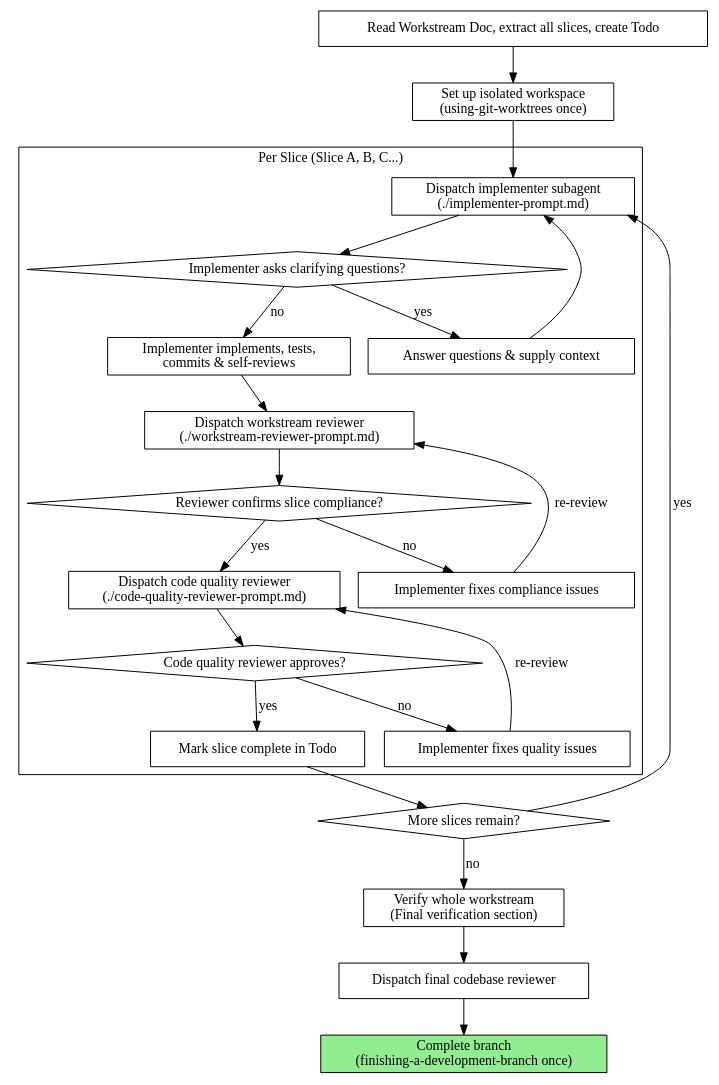
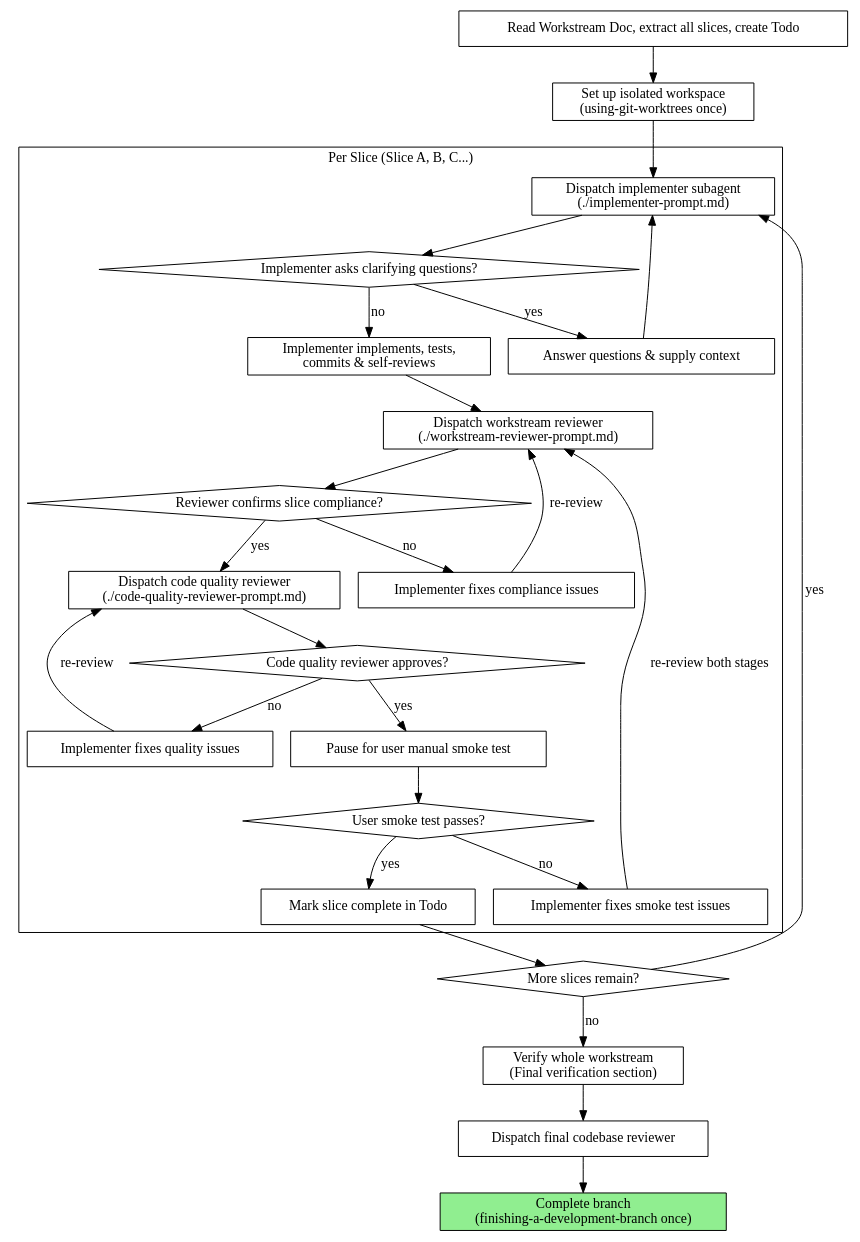
One commit to dtbndr/sturdy-palm-tree changed the diagram in .agents/skills/workstream-driven-development/SKILL.md. Above: the diagram before and after it, drawn with Graphviz. The commit also changed other lines of this file and 3 other files, not shown here.

Commit message:
Update workstream skills for manual smoke tests

````diff
--- a/.agents/skills/workstream-driven-development/SKILL.md
+++ b/.agents/skills/workstream-driven-development/SKILL.md
@@ -25,48 +25,55 @@
 ```dot
 digraph workstream_execution {
     rankdir=TB;
 
     subgraph cluster_per_slice {
         label="Per Slice (Slice A, B, C...)";
         "Dispatch implementer subagent\n(./implementer-prompt.md)" [shape=box];
         "Implementer asks clarifying questions?" [shape=diamond];
         "Answer questions & supply context" [shape=box];
         "Implementer implements, tests,\ncommits & self-reviews" [shape=box];
         "Dispatch workstream reviewer\n(./workstream-reviewer-prompt.md)" [shape=box];
         "Reviewer confirms slice compliance?" [shape=diamond];
         "Implementer fixes compliance issues" [shape=box];
         "Dispatch code quality reviewer\n(./code-quality-reviewer-prompt.md)" [shape=box];
         "Code quality reviewer approves?" [shape=diamond];
         "Implementer fixes quality issues" [shape=box];
+        "Pause for user manual smoke test" [shape=box];
+        "User smoke test passes?" [shape=diamond];
+        "Implementer fixes smoke test issues" [shape=box];
         "Mark slice complete in Todo" [shape=box];
     }
 
     "Read Workstream Doc, extract all slices, create Todo" [shape=box];
     "Set up isolated workspace\n(using-git-worktrees once)" [shape=box];
     "More slices remain?" [shape=diamond];
     "Verify whole workstream\n(Final verification section)" [shape=box];
     "Dispatch final codebase reviewer" [shape=box];
     "Complete branch\n(finishing-a-development-branch once)" [shape=box style=filled fillcolor=lightgreen];
 
     "Read Workstream Doc, extract all slices, create Todo" -> "Set up isolated workspace\n(using-git-worktrees once)";
     "Set up isolated workspace\n(using-git-worktrees once)" -> "Dispatch implementer subagent\n(./implementer-prompt.md)";
     "Dispatch implementer subagent\n(./implementer-prompt.md)" -> "Implementer asks clarifying questions?";
     "Implementer asks clarifying questions?" -> "Answer questions & supply context" [label="yes"];
     "Answer questions & supply context" -> "Dispatch implementer subagent\n(./implementer-prompt.md)";
     "Implementer asks clarifying questions?" -> "Implementer implements, tests,\ncommits & self-reviews" [label="no"];
     "Implementer implements, tests,\ncommits & self-reviews" -> "Dispatch workstream reviewer\n(./workstream-reviewer-prompt.md)";
     "Dispatch workstream reviewer\n(./workstream-reviewer-prompt.md)" -> "Reviewer confirms slice compliance?";
     "Reviewer confirms slice compliance?" -> "Implementer fixes compliance issues" [label="no"];
     "Implementer fixes compliance issues" -> "Dispatch workstream reviewer\n(./workstream-reviewer-prompt.md)" [label="re-review"];
     "Reviewer confirms slice compliance?" -> "Dispatch code quality reviewer\n(./code-quality-reviewer-prompt.md)" [label="yes"];
     "Dispatch code quality reviewer\n(./code-quality-reviewer-prompt.md)" -> "Code quality reviewer approves?";
     "Code quality reviewer approves?" -> "Implementer fixes quality issues" [label="no"];
     "Implementer fixes quality issues" -> "Dispatch code quality reviewer\n(./code-quality-reviewer-prompt.md)" [label="re-review"];
-    "Code quality reviewer approves?" -> "Mark slice complete in Todo" [label="yes"];
+    "Code quality reviewer approves?" -> "Pause for user manual smoke test" [label="yes"];
+    "Pause for user manual smoke test" -> "User smoke test passes?";
+    "User smoke test passes?" -> "Implementer fixes smoke test issues" [label="no"];
+    "Implementer fixes smoke test issues" -> "Dispatch workstream reviewer\n(./workstream-reviewer-prompt.md)" [label="re-review both stages"];
+    "User smoke test passes?" -> "Mark slice complete in Todo" [label="yes"];
     "Mark slice complete in Todo" -> "More slices remain?";
     "More slices remain?" -> "Dispatch implementer subagent\n(./implementer-prompt.md)" [label="yes"];
     "More slices remain?" -> "Verify whole workstream\n(Final verification section)" [label="no"];
     "Verify whole workstream\n(Final verification section)" -> "Dispatch final codebase reviewer";
     "Dispatch final codebase reviewer" -> "Complete branch\n(finishing-a-development-branch once)";
 }
 ```
````
